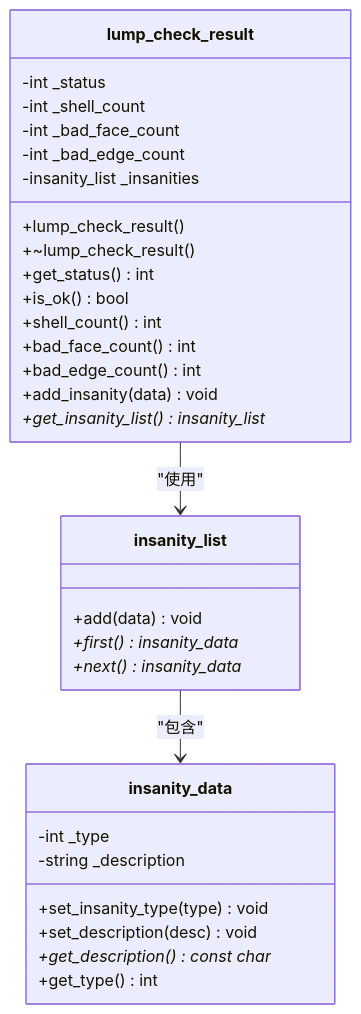
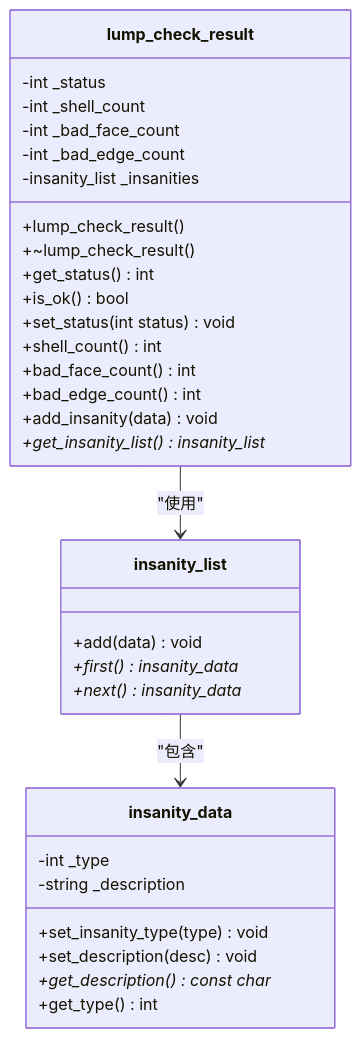
Before and after one commit to zzm5265676/Interface: the second of 6 diagrams in .qoder/repowiki/zh/content/LUMP 检查模块/LUMP 检查接口.md, drawn with Mermaid. The commit also changed other lines of this file and 11 other files, not shown here.

````diff
--- a/.qoder/repowiki/zh/content/LUMP 检查模块/LUMP 检查接口.md
+++ b/.qoder/repowiki/zh/content/LUMP 检查模块/LUMP 检查接口.md
@@ -97,34 +106,35 @@
 ```mermaid
 classDiagram
 class lump_check_result {
 -int _status
 -int _shell_count
 -int _bad_face_count
 -int _bad_edge_count
 -insanity_list _insanities
 +lump_check_result()
 +~lump_check_result()
 +get_status() int
 +is_ok() bool
++set_status(int status) void
 +shell_count() int
 +bad_face_count() int
 +bad_edge_count() int
 +add_insanity(data) void
 +get_insanity_list() insanity_list*
 }
 class insanity_list {
 +add(data) void
 +first() insanity_data*
 +next() insanity_data*
 }
 class insanity_data {
 -int _type
 -string _description
 +set_insanity_type(type) void
 +set_description(desc) void
 +get_description() const char*
 +get_type() int
 }
 lump_check_result --> insanity_list : "使用"
 insanity_list --> insanity_data : "包含"
 ```
````
